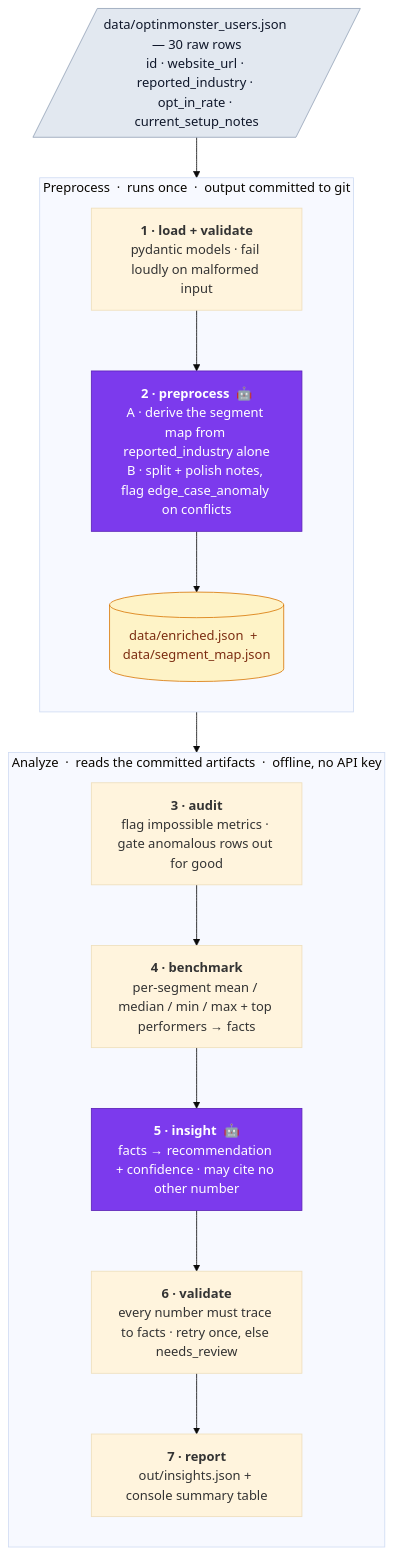
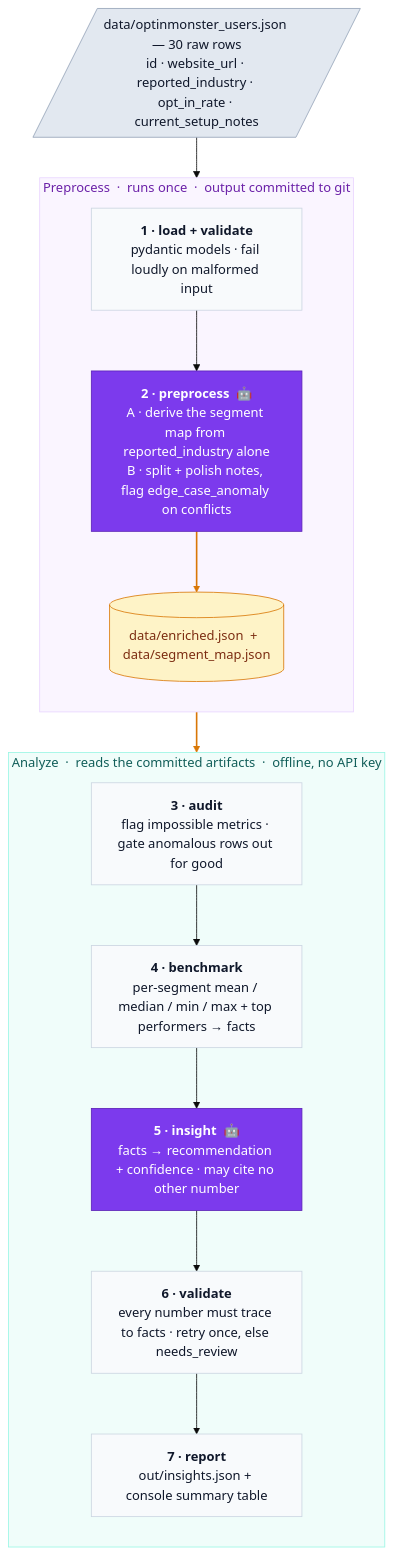
One commit to anton-karlovskiy/smart-insights-agent changed the diagram in README.md. Above: the diagram before and after it, drawn with Mermaid (base theme).

Commit message:
docs(readme): style the architecture mermaid diagram
Give the five deterministic stages a shared soft style, tint the
two phase subgraphs, and draw the artifact links in amber so the
committed-artifact pivot reads at a glance.

````diff
--- a/README.md
+++ b/README.md
@@ -11,32 +11,40 @@
 ```mermaid
 flowchart TB
     raw[/"data/optinmonster_users.json — 30 raw rows<br/>id · website_url · reported_industry · opt_in_rate · current_setup_notes"/]
 
     subgraph gen ["Preprocess &nbsp;·&nbsp; runs once &nbsp;·&nbsp; output committed to git"]
         direction TB
         s1["<b>1 · load + validate</b><br/>pydantic models · fail loudly on malformed input"]
         s2["<b>2 · preprocess</b> &nbsp;🤖<br/>A · derive the segment map from reported_industry alone<br/>B · split + polish notes, flag edge_case_anomaly on conflicts"]
         art[("data/enriched.json &nbsp;+&nbsp; data/segment_map.json")]
         s1 --> s2 --> art
     end
 
     subgraph off ["Analyze &nbsp;·&nbsp; reads the committed artifacts &nbsp;·&nbsp; offline, no API key"]
         direction TB
         s3["<b>3 · audit</b><br/>flag impossible metrics · gate anomalous rows out for good"]
         s4["<b>4 · benchmark</b><br/>per-segment mean / median / min / max + top performers → facts"]
         s5["<b>5 · insight</b> &nbsp;🤖<br/>facts → recommendation + confidence · may cite no other number"]
         s6["<b>6 · validate</b><br/>every number must trace to facts · retry once, else needs_review"]
         s7["<b>7 · report</b><br/>out/insights.json + console summary table"]
         s3 --> s4 --> s5 --> s6 --> s7
     end
 
     raw --> s1
     art --> s3
 
+    classDef stage fill:#f8fafc,stroke:#cbd5e1,color:#0f172a;
     classDef llm fill:#7c3aed,stroke:#5b21b6,color:#ffffff;
     classDef store fill:#fef3c7,stroke:#d97706,color:#7c2d12;
     classDef data fill:#e2e8f0,stroke:#94a3b8,color:#0f172a;
+    class s1,s3,s4,s6,s7 stage;
     class s2,s5 llm;
     class art store;
     class raw data;
+
+    style gen fill:#faf5ff,stroke:#e9d5ff,color:#6b21a8;
+    style off fill:#f0fdfa,stroke:#99f6e4,color:#115e59;
+
+    linkStyle 1 stroke:#d97706,stroke-width:2px;
+    linkStyle 7 stroke:#d97706,stroke-width:2px;
 ```
````
